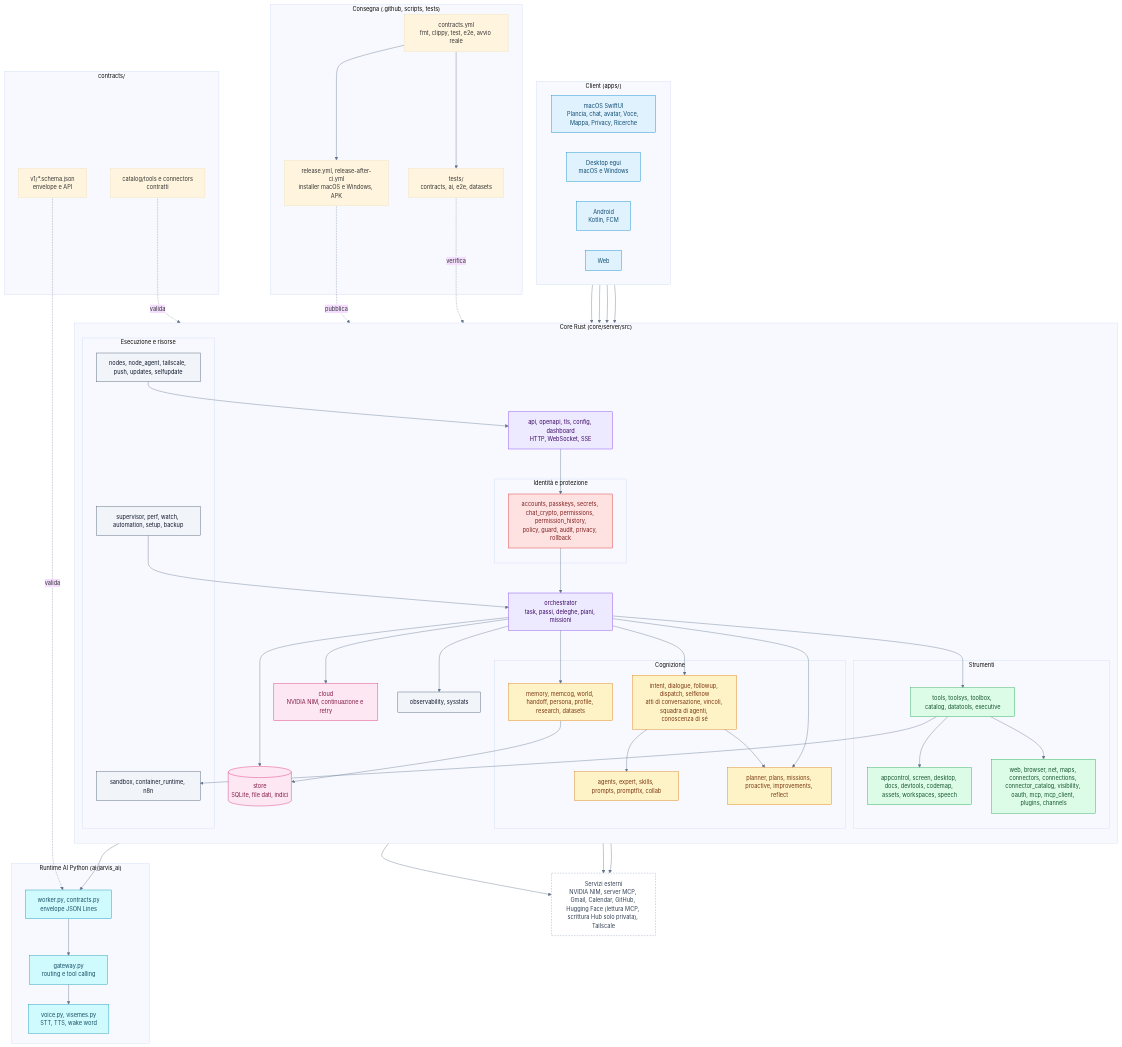
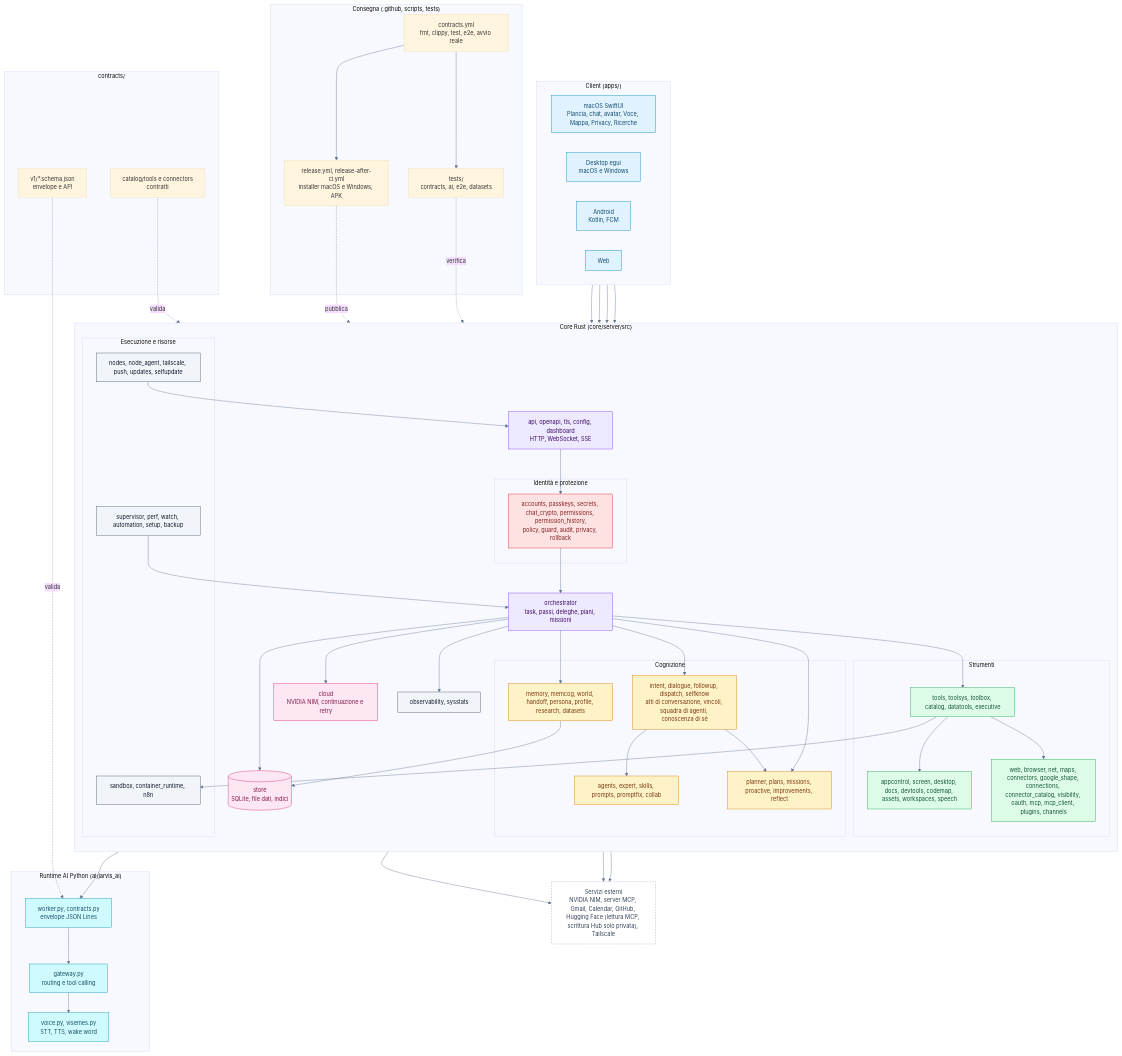
The second of 5 diagrams in docs/ARCHITECTURE.md (xX-VyrnCore-Xx/JARVIS), drawn with Mermaid before and after one commit.

Commit message:
Diagramma: modulo google_shape
Claude-Session: https://claude.ai/code/session_01KjqaGRRX663gMNjVS6CiAq

```diff
--- a/docs/ARCHITECTURE.md
+++ b/docs/ARCHITECTURE.md
@@ -50,7 +50,7 @@
         subgraph Tools["Strumenti"]
             TSYS["tools, toolsys, toolbox, catalog, datatools, executive"]
             OPS["appcontrol, screen, desktop, docs, devtools, codemap, assets, workspaces, speech"]
-            NET["web, browser, net, maps, connectors, connections, connector_catalog, visibility, oauth, mcp, mcp_client, plugins, channels"]
+            NET["web, browser, net, maps, connectors, google_shape, connections, connector_catalog, visibility, oauth, mcp, mcp_client, plugins, channels"]
         end
 
         subgraph Run["Esecuzione e risorse"]
```
